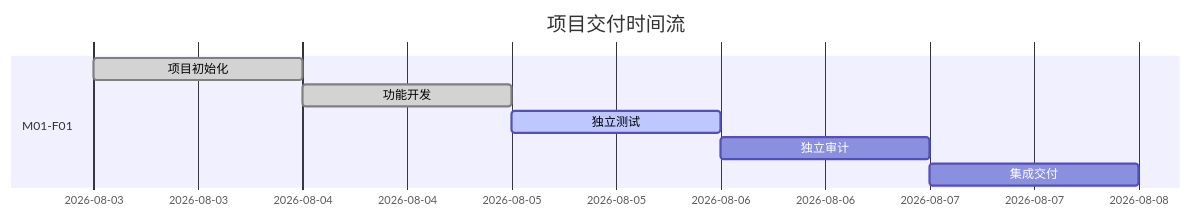
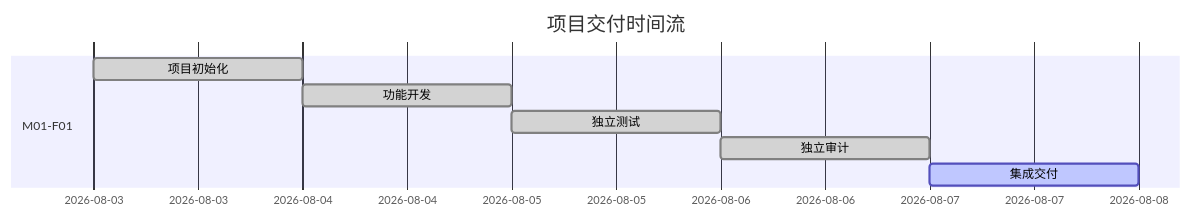
One commit to 23Lm-star/Calculator-Plugin changed the diagram in docs/ai-workflow/项目时间流.md. Above: the diagram before and after it, drawn with Mermaid. The commit also changed other lines of this file and 5 other files, not shown here.

````diff
--- a/docs/ai-workflow/项目时间流.md
+++ b/docs/ai-workflow/项目时间流.md
@@ -3,11 +3,11 @@
 ```mermaid
 gantt
     title 项目交付时间流
     dateFormat  YYYY-MM-DD
     section M01-F01
     项目初始化 :done, init, 2026-08-03, 1d
     功能开发 :done, dev, after init, 1d
-    独立测试 :active, test, after dev, 1d
-    独立审计 :audit, after test, 1d
-    集成交付 :delivery, after audit, 1d
+    独立测试 :done, test, after dev, 1d
+    独立审计 :done, audit, after test, 1d
+    集成交付 :active, delivery, after audit, 1d
 ```
````
